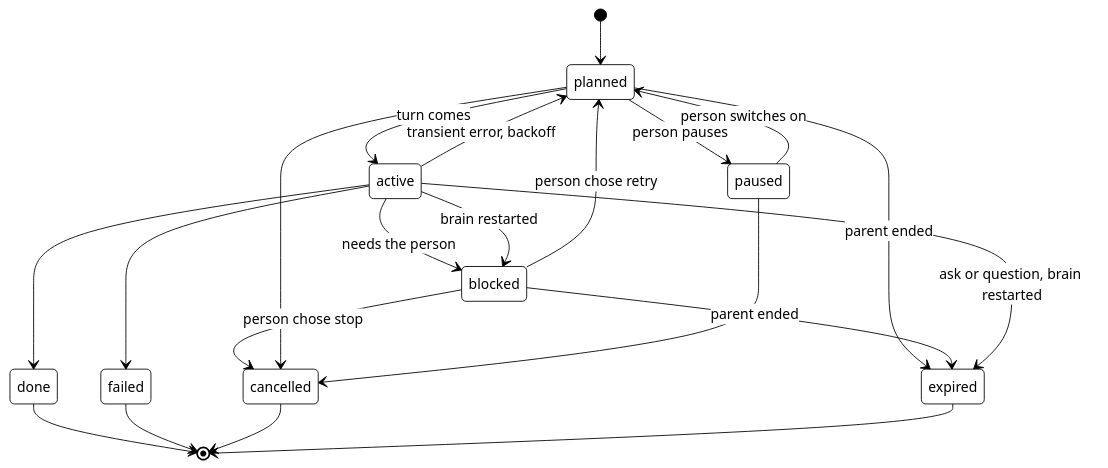
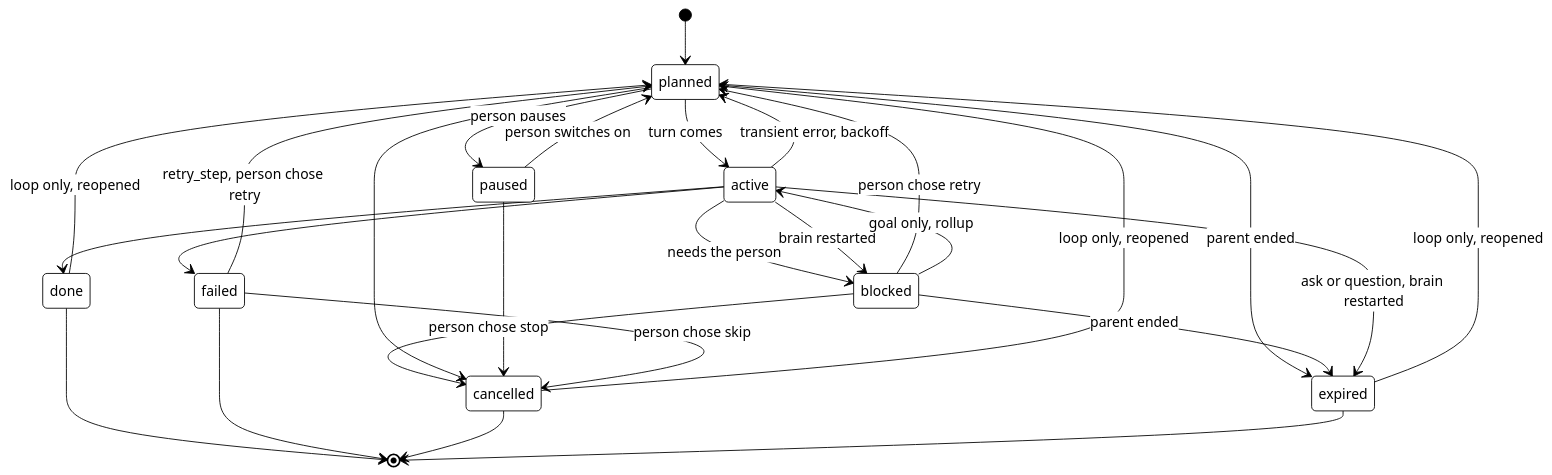
One commit to nadeem4/tagalong changed the second of 2 diagrams in docs/storage.md. Above: the diagram before and after it, drawn with Mermaid. The commit also changed other lines of this file and 4 other files, not shown here.

````diff
--- a/docs/storage.md
+++ b/docs/storage.md
@@ -217,24 +217,30 @@
 ```mermaid
 %%{init: {'theme':'base','themeVariables':{'primaryColor':'#ffffff','primaryTextColor':'#000000','primaryBorderColor':'#000000','lineColor':'#000000'}}}%%
 stateDiagram-v2
     [*] --> planned
     planned --> active : turn comes
     active --> done
     active --> failed
     active --> blocked : needs the person
     blocked --> planned : person chose retry
     blocked --> cancelled : person chose stop
     active --> planned : transient error, backoff
     planned --> cancelled
     planned --> expired : parent ended
     blocked --> expired : parent ended
     active --> blocked : brain restarted
     active --> expired : ask or question, brain restarted
     planned --> paused : person pauses
     paused --> planned : person switches on
     paused --> cancelled
+    failed --> planned : retry_step, person chose retry
+    failed --> cancelled : person chose skip
+    blocked --> active : goal only, rollup
+    done --> planned : loop only, reopened
+    cancelled --> planned : loop only, reopened
+    expired --> planned : loop only, reopened
     done --> [*]
     failed --> [*]
     cancelled --> [*]
     expired --> [*]
 ```
````
